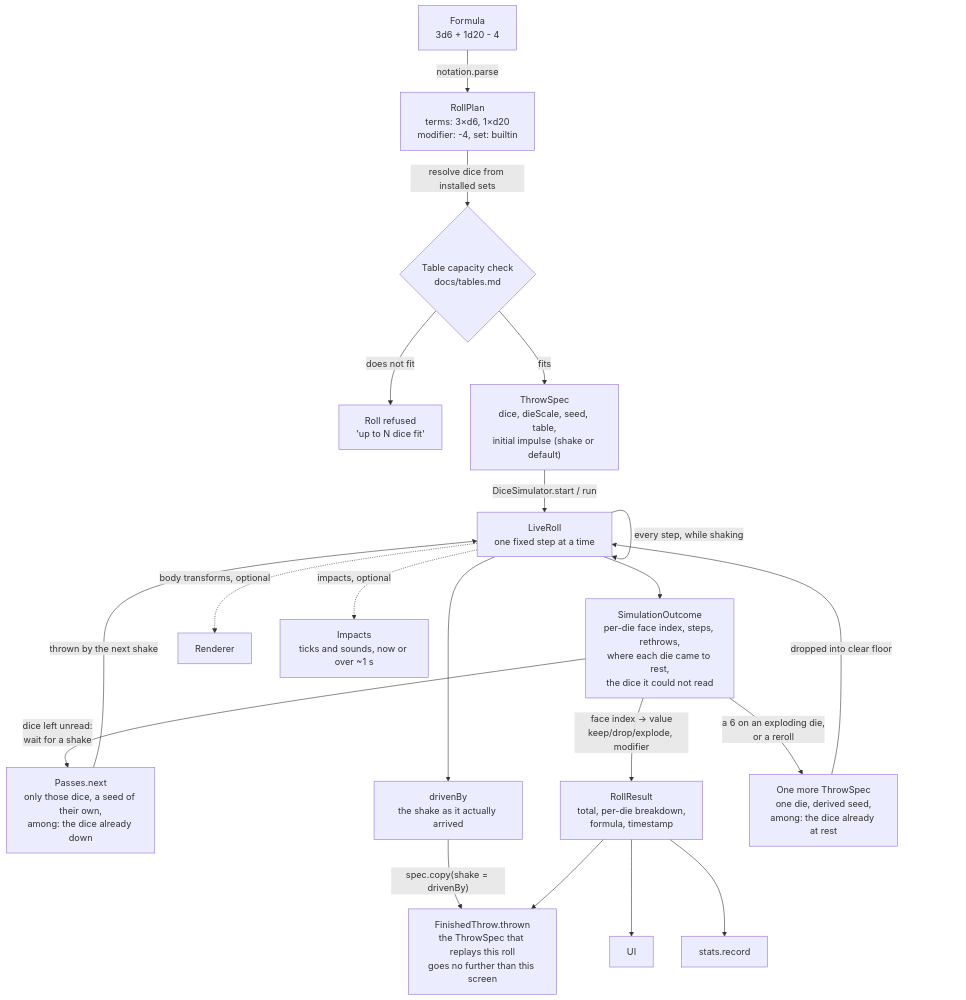
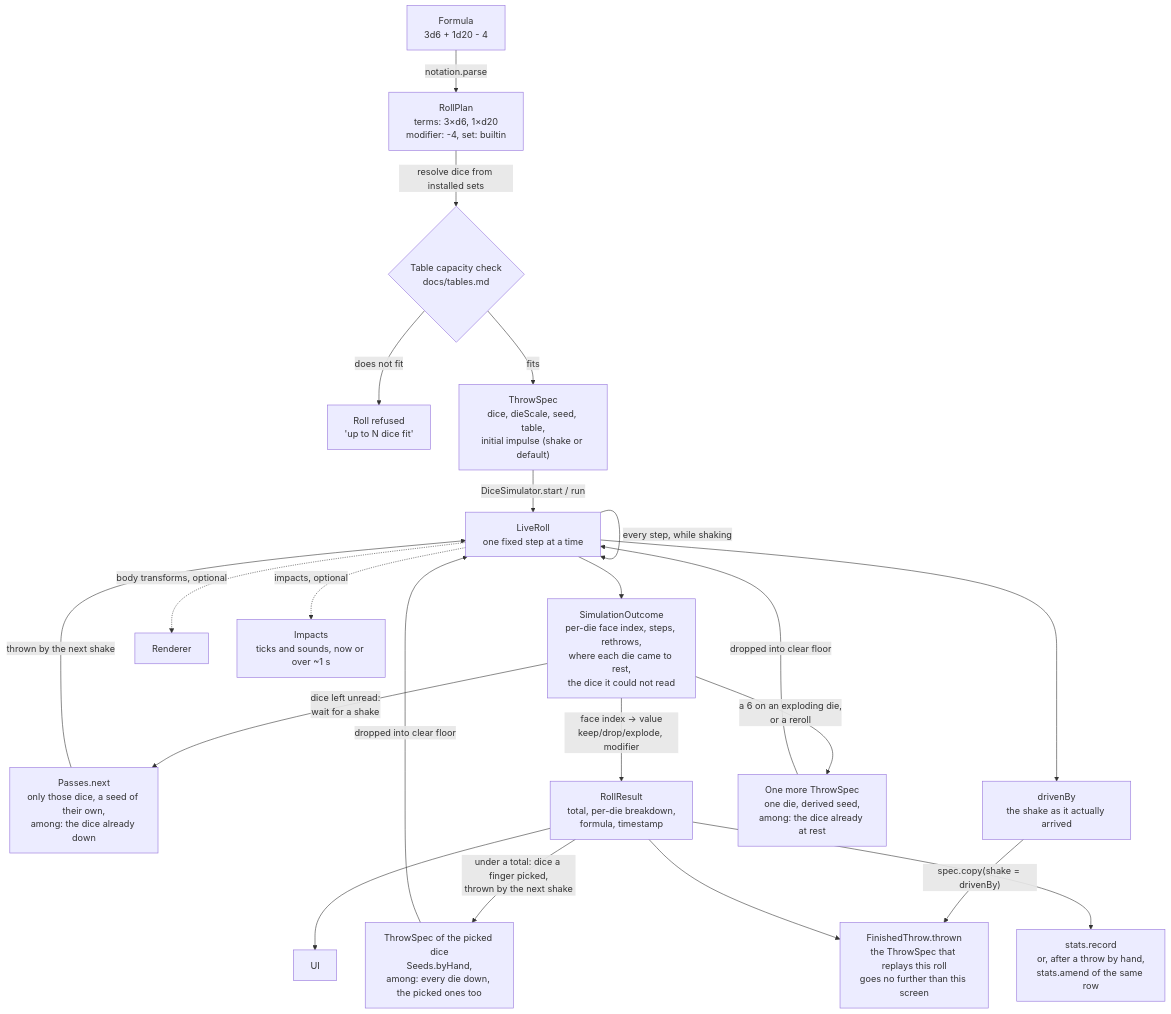
The eighth of 8 diagrams in docs/architecture.md (drehtuer/dInfinityApp), drawn with Mermaid before and after one commit. The commit also changed other lines of this file and 29 other files, not shown here.

First line of the commit message:
Pick a die up with one finger and let the next shake throw it

````diff
--- a/docs/architecture.md
+++ b/docs/architecture.md
@@ -1804,22 +1810,24 @@
 ```mermaid
 flowchart TD
     F["Formula<br/>3d6 + 1d20 - 4"] -->|notation.parse| P["RollPlan<br/>terms: 3×d6, 1×d20<br/>modifier: -4, set: builtin"]
     P -->|resolve dice from installed sets| C{Table capacity check<br/>docs/tables.md}
     C -->|does not fit| R["Roll refused<br/>'up to N dice fit'"]
     C -->|fits| T["ThrowSpec<br/>dice, dieScale, seed, table,<br/>initial impulse (shake or default)"]
     T -->|"DiceSimulator.start / run"| L["LiveRoll<br/>one fixed step at a time"]
     L -->|"every step, while shaking"| L
     L --> S["SimulationOutcome<br/>per-die face index, steps, rethrows,<br/>where each die came to rest,<br/>the dice it could not read"]
     S -->|"dice left unread:<br/>wait for a shake"| U["Passes.next<br/>only those dice, a seed of their own,<br/>among: the dice already down"]
     U -->|"thrown by the next shake"| L
     L --> D["drivenBy<br/>the shake as it actually arrived"]
     L -.->|body transforms, optional| V[Renderer]
     L -.->|"impacts, optional"| I["Impacts<br/>ticks and sounds, now or over ~1 s"]
     S -->|face index → value<br/>keep/drop/explode, modifier| O["RollResult<br/>total, per-die breakdown,<br/>formula, timestamp"]
     S -->|"a 6 on an exploding die,<br/>or a reroll"| X["One more ThrowSpec<br/>one die, derived seed,<br/>among: the dice already at rest"]
     X -->|"dropped into clear floor"| L
+    O -->|"under a total: dice a finger picked,<br/>thrown by the next shake"| H["ThrowSpec of the picked dice<br/>Seeds.byHand,<br/>among: every die down, the picked ones too"]
+    H -->|"dropped into clear floor"| L
     D -->|"spec.copy(shake = drivenBy)"| FT["FinishedThrow.thrown<br/>the ThrowSpec that replays this roll<br/>goes no further than this screen"]
     O --> FT
     O --> UI[UI]
-    O --> ST[stats.record]
+    O --> ST["stats.record<br/>or, after a throw by hand,<br/>stats.amend of the same row"]
 ```
````
